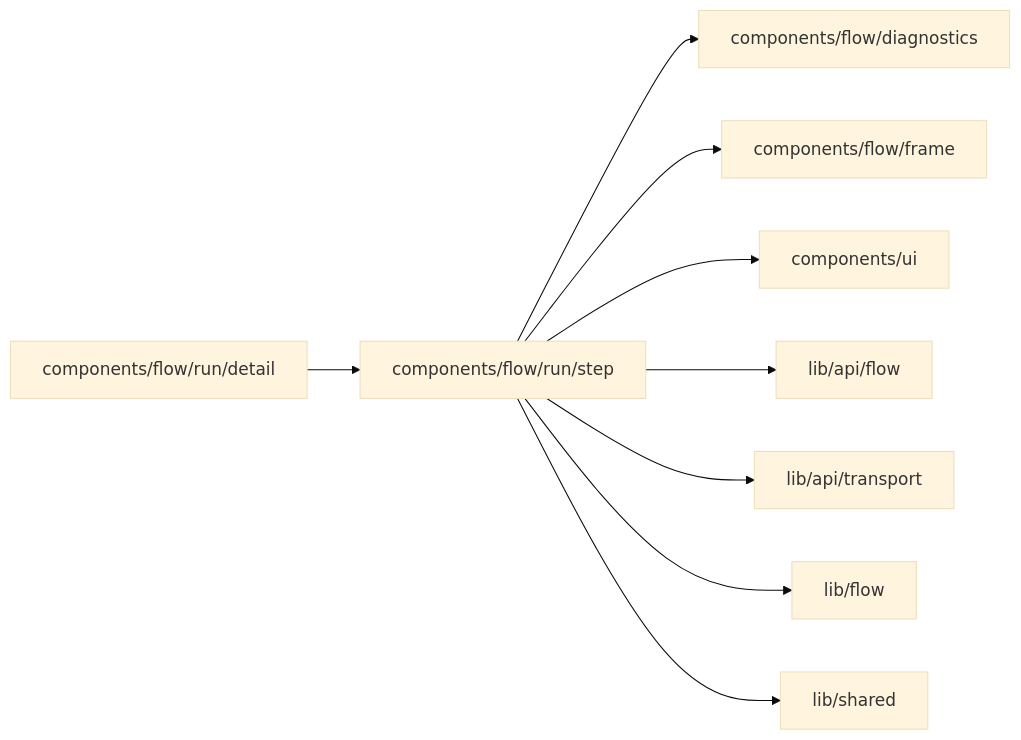
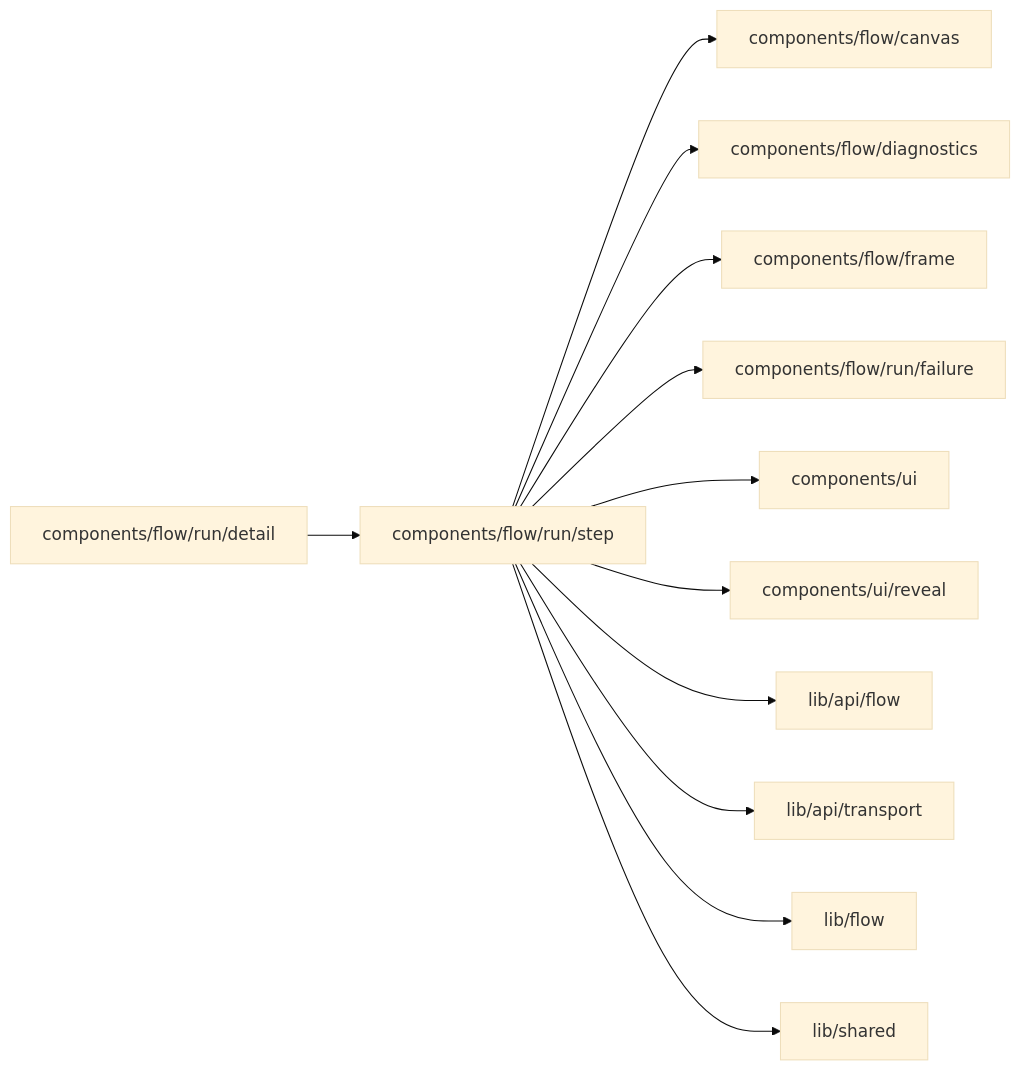
The diagram in web/studio/components/flow/run/step/README.md (superdurable/superverse), drawn with Mermaid (base theme) before and after one commit. The commit also changed other lines of this file and 278 other files, not shown here.

````diff
--- a/web/studio/components/flow/run/step/README.md
+++ b/web/studio/components/flow/run/step/README.md
@@ -10,12 +10,15 @@
 ```mermaid
 flowchart LR
   self["components/flow/run/step"]
   c0["components/flow/run/detail"] --> self
-  self --> d0["components/flow/diagnostics"]
-  self --> d1["components/flow/frame"]
-  self --> d2["components/ui"]
-  self --> d3["lib/api/flow"]
-  self --> d4["lib/api/transport"]
-  self --> d5["lib/flow"]
-  self --> d6["lib/shared"]
+  self --> d0["components/flow/canvas"]
+  self --> d1["components/flow/diagnostics"]
+  self --> d2["components/flow/frame"]
+  self --> d3["components/flow/run/failure"]
+  self --> d4["components/ui"]
+  self --> d5["components/ui/reveal"]
+  self --> d6["lib/api/flow"]
+  self --> d7["lib/api/transport"]
+  self --> d8["lib/flow"]
+  self --> d9["lib/shared"]
 ```
````
